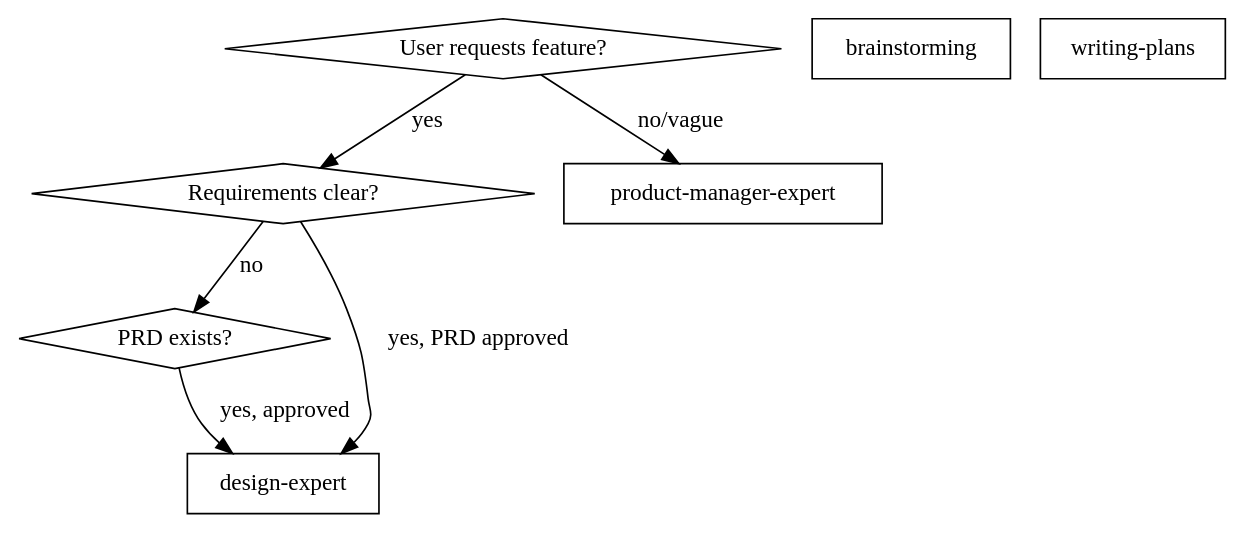
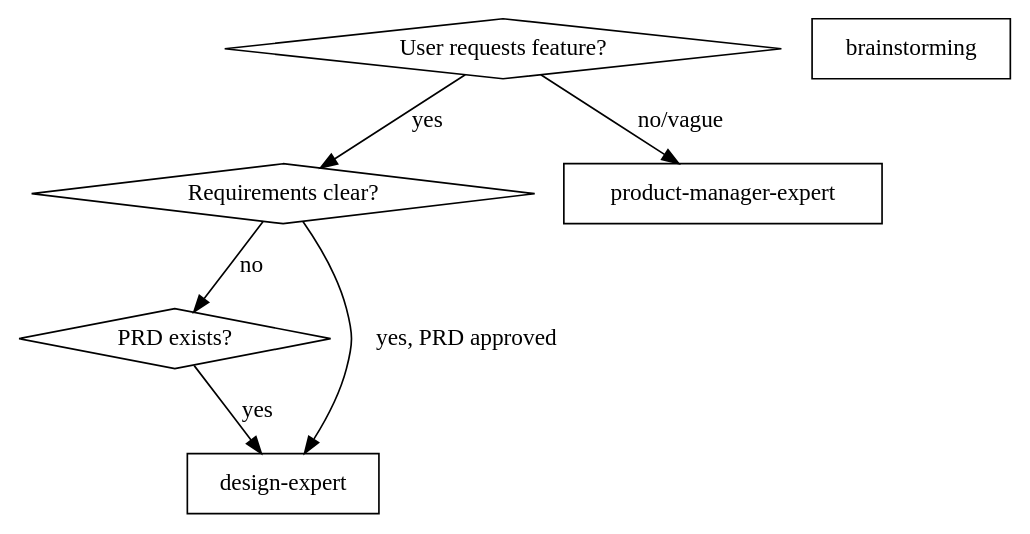
One commit to xhl592576605/superpowers-ai changed the diagram in skills/product-manager-expert/SKILL.md. Above: the diagram before and after it, drawn with Graphviz. The commit also changed other lines of this file and 6 other files, not shown here.

````diff
--- a/skills/product-manager-expert/SKILL.md
+++ b/skills/product-manager-expert/SKILL.md
@@ -208,17 +22,16 @@
 ```dot
 digraph when_to_use {
     "User requests feature?" [shape=diamond];
     "Requirements clear?" [shape=diamond];
     "PRD exists?" [shape=diamond];
     "product-manager-expert" [shape=box];
     "brainstorming" [shape=box];
     "design-expert" [shape=box];
-    "writing-plans" [shape=box];
 
     "User requests feature?" -> "Requirements clear?" [label="yes"];
     "User requests feature?" -> "product-manager-expert" [label="no/vague"];
     "Requirements clear?" -> "PRD exists?" [label="no"];
     "Requirements clear?" -> "design-expert" [label="yes, PRD approved"];
-    "PRD exists?" -> "design-expert" [label="yes, approved"];
+    "PRD exists?" -> "design-expert" [label="yes"];
 }
 ```
````
